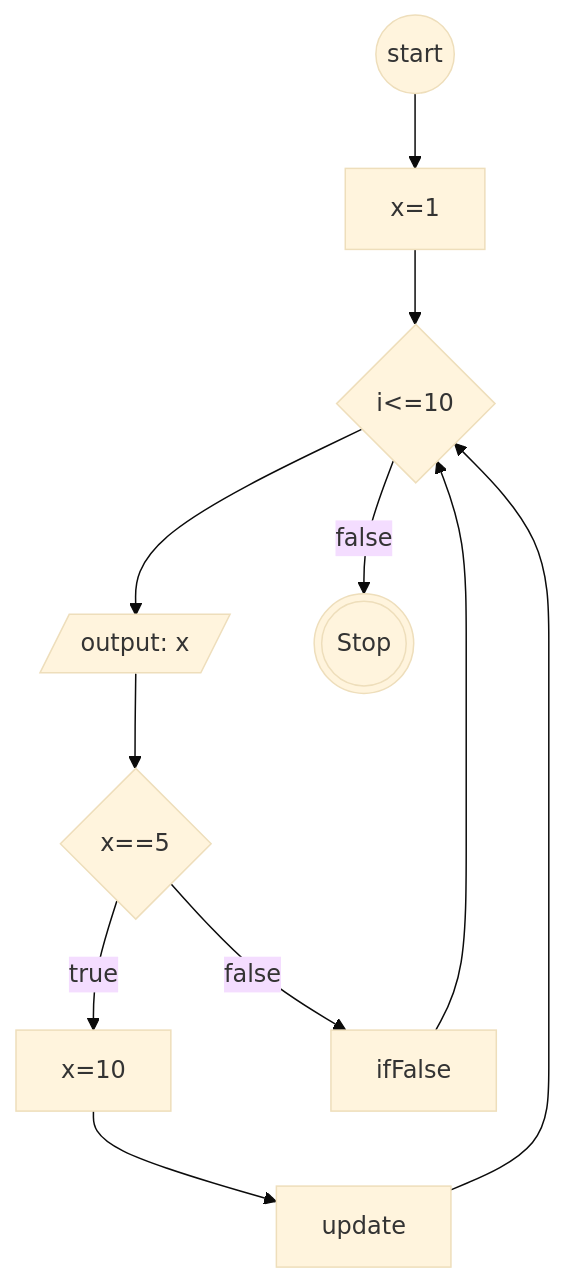
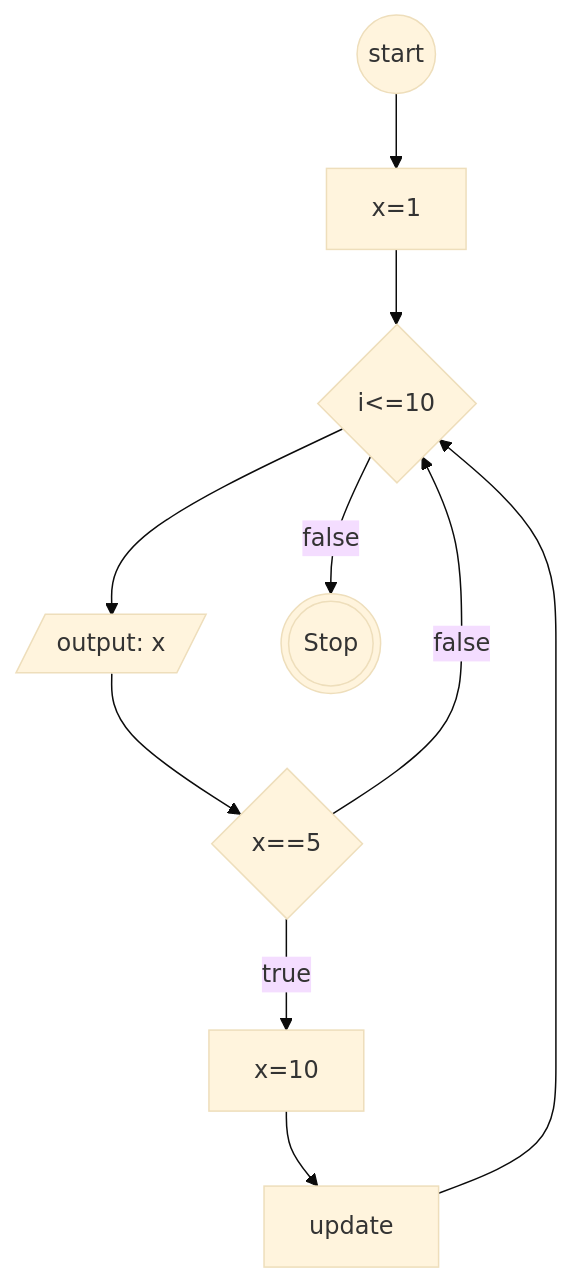
One commit to mslthn/koda-b6-javascript1 changed the diagram in flowchart-loop.md. Above: the diagram before and after it, drawn with Mermaid (base theme).

````diff
--- a/flowchart-loop.md
+++ b/flowchart-loop.md
@@ -2,19 +2,19 @@
 ```mermaid
 flowchart TD
 start@{shape: circ}
 init@{shape: rect, label: "x=1"}
 for@{shape: diamond, label: "i<=10"}
 cons@{shape: lean-r, label: "output: x"}
 if@{shape: diamond, label: "x==5"}
 ifTrue@{shape: rect, label: "x=10"}
-ifFalse@{shape: }
+
 forStop@{shape: dbl-circ, label: "Stop"}
 
 
 start-->init-->for-->cons-->if
 if-->|true| ifTrue 
-if-->|false| ifFalse --> for
+if-->|false| for
 for-->|false| forStop
 
 ifTrue-->update-->for
 ```
````
